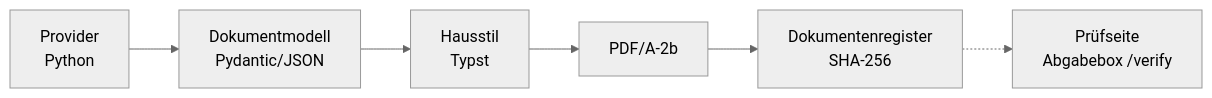
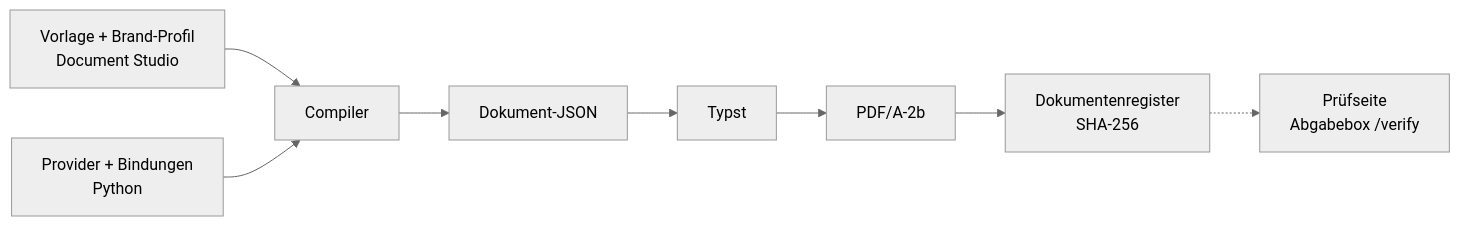
The first of 2 diagrams in docs-site/docs/technik/dokument-engine.md (FrissBrot/hocX), drawn with Mermaid (neutral theme) before and after one commit. The commit also changed other lines of this file and 20 other files, not shown here.

First line of the commit message:
docs(documents): Document Studio dokumentiert, Bereinigung abgeschlossen

````diff
--- a/docs-site/docs/technik/dokument-engine.md
+++ b/docs-site/docs/technik/dokument-engine.md
@@ -9,8 +11,10 @@
 ```mermaid
 flowchart LR
-  P[Provider<br/>Python] --> M[Dokumentmodell<br/>Pydantic/JSON]
-  M --> S[Hausstil<br/>Typst]
-  S --> PDF[PDF/A-2b]
+  V[Vorlage + Brand-Profil<br/>Document Studio] --> C[Compiler]
+  P[Provider + Bindungen<br/>Python] --> C
+  C --> M[Dokument-JSON]
+  M --> T[Typst]
+  T --> PDF[PDF/A-2b]
   PDF --> REG[Dokumentenregister<br/>SHA-256]
   REG -.-> VER[Prüfseite<br/>Abgabebox /verify]
 ```
````
